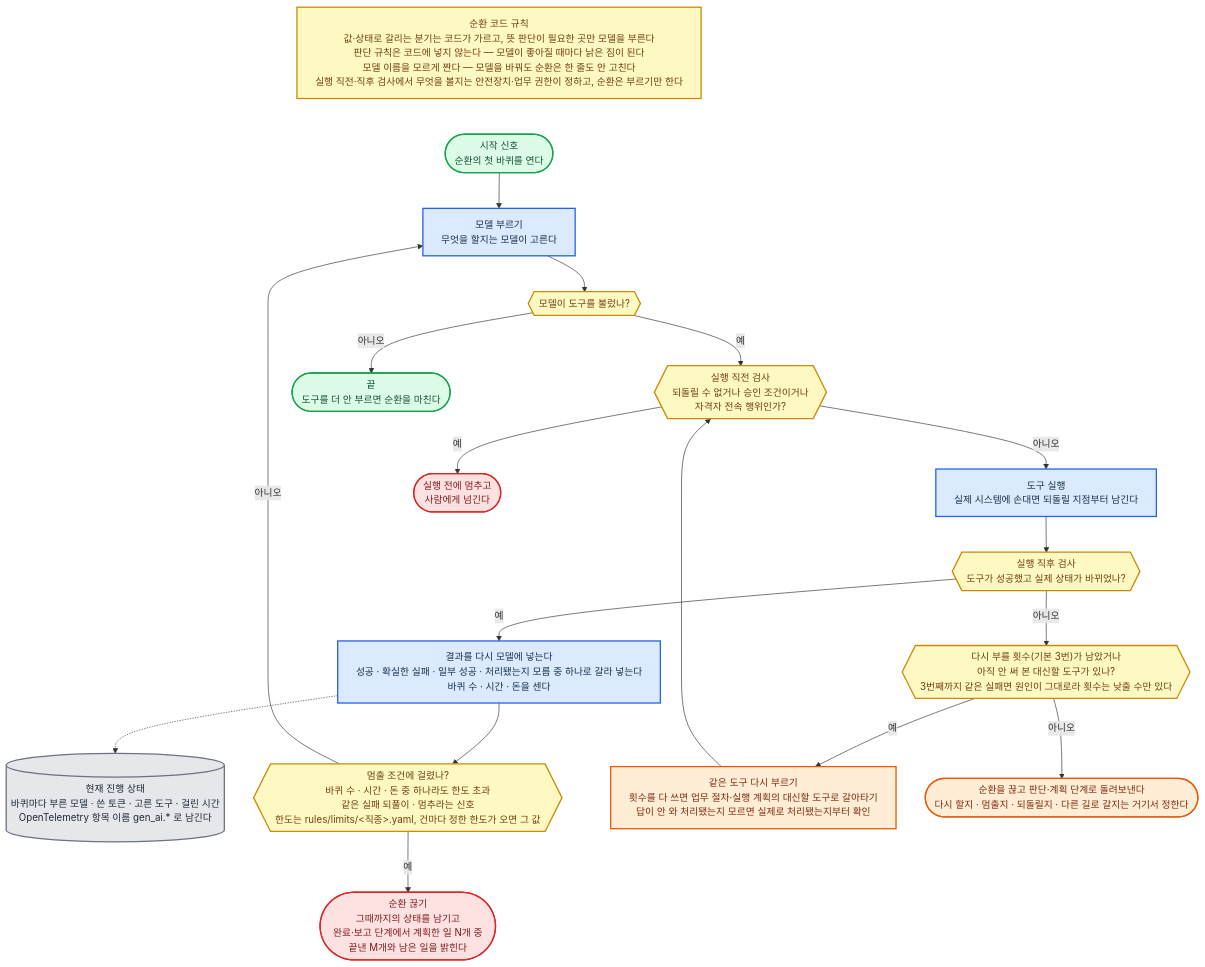
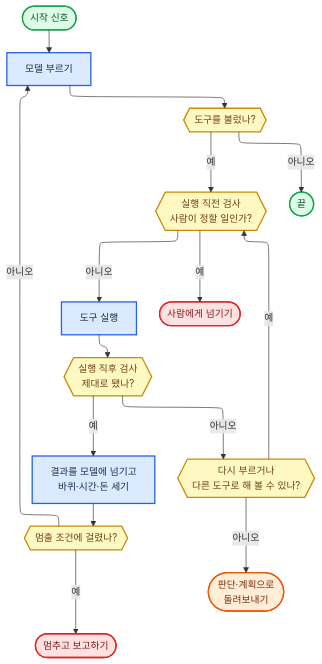
The seventh of 8 diagrams in 전문가 에이전트 정의 1.md (harisbaguette/expert), drawn with Mermaid before and after one commit. The commit also changed other lines of this file, not shown here.

Commit message:
실행 제어 순서도를 짧은 글과 겹침 없는 배치로 다시 그림 (정의 1)
- 칸 글을 한 줄 물음·행동으로 줄이고, 자세한 값은 그림 아래 칸별 표로 옮김
- ELK 배치와 보이지 않는 선 두 개로 되돌아가는 화살표만 위로 가게 해 선 겹침 0
- 다시 부르기·갈아타기 판단과 행동을 판단 하나로 합침

````diff
--- a/전문가 에이전트 정의 1.md
+++ b/전문가 에이전트 정의 1.md
@@ -1082,39 +1082,40 @@
 ```mermaid
-%%{init: {"flowchart": {"wrappingWidth": 640, "curve": "basis", "nodeSpacing": 45, "rankSpacing": 55, "padding": 14, "useMaxWidth": true}, "themeVariables": {"fontSize": "15px"}} }%%
+%%{init: {"layout": "elk", "elk": {"mergeEdges": false, "nodePlacementStrategy": "NETWORK_SIMPLEX"}, "flowchart": {"wrappingWidth": 640, "curve": "basis", "nodeSpacing": 45, "rankSpacing": 55, "padding": 14, "useMaxWidth": true}, "themeVariables": {"fontSize": "15px"}} }%%
 flowchart TB
-    RULE["순환 코드 규칙<br/>값·상태로 갈리는 분기는 코드가 가르고, 뜻 판단이 필요한 곳만 모델을 부른다<br/>판단 규칙은 코드에 넣지 않는다 — 모델이 좋아질 때마다 낡은 짐이 된다<br/>모델 이름을 모르게 짠다 — 모델을 바꿔도 순환은 한 줄도 안 고친다<br/>실행 직전·직후 검사에서 무엇을 볼지는 안전장치·업무 권한이 정하고, 순환은 부르기만 한다"]:::note
-    START(["시작 신호<br/>순환의 첫 바퀴를 연다"]):::good
-    M["모델 부르기<br/>무엇을 할지는 모델이 고른다"]:::main
-    QQ{{"모델이 도구를 불렀나?"}}:::note
-    PRE{{"실행 직전 검사<br/>되돌릴 수 없거나 승인 조건이거나<br/>자격자 전속 행위인가?"}}:::note
-    T["도구 실행<br/>실제 시스템에 손대면 되돌릴 지점부터 남긴다"]:::main
-    POST{{"실행 직후 검사<br/>도구가 성공했고 실제 상태가 바뀌었나?"}}:::note
-    BACK["결과를 다시 모델에 넣는다<br/>성공 · 확실한 실패 · 일부 성공 · 처리됐는지 모름 중 하나로 갈라 넣는다<br/>바퀴 수 · 시간 · 돈을 센다"]:::main
-    LOG[("현재 진행 상태<br/>바퀴마다 부른 모델 · 쓴 토큰 · 고른 도구 · 걸린 시간<br/>OpenTelemetry 항목 이름 gen_ai.* 로 남긴다")]:::store
-    CNT{{"멈출 조건에 걸렸나?<br/>바퀴 수 · 시간 · 돈 중 하나라도 한도 초과<br/>같은 실패 되풀이 · 멈추라는 신호<br/>한도는 rules/limits/&lt;직종&gt;.yaml, 건마다 정한 한도가 오면 그 값"}}:::note
-    STOPN(["순환 끊기<br/>그때까지의 상태를 남기고<br/>완료·보고 단계에서 계획한 일 N개 중<br/>끝낸 M개와 남은 일을 밝힌다"]):::stop
-    RETRY_Q{{"다시 부를 횟수(기본 3번)가 남았거나<br/>아직 안 써 본 대신할 도구가 있나?<br/>3번째까지 같은 실패면 원인이 그대로라 횟수는 낮출 수만 있다"}}:::note
-    RETRY["같은 도구 다시 부르기<br/>횟수를 다 쓰면 업무 절차·실행 계획의 대신할 도구로 갈아타기<br/>답이 안 와 처리됐는지 모르면 실제로 처리됐는지부터 확인"]:::back
-    PLAN(["순환을 끊고 판단·계획 단계로 돌려보낸다<br/>다시 할지 · 멈출지 · 되돌릴지 · 다른 길로 갈지는 거기서 정한다"]):::back
-    DONE(["끝<br/>도구를 더 안 부르면 순환을 마친다"]):::good
-    HUM(["실행 전에 멈추고<br/>사람에게 넘긴다"]):::stop
-    RULE ~~~ START
-    START --> M --> QQ
+    START(["시작 신호"]):::good
+    M["모델 부르기"]:::main
+    QQ{{"도구를 불렀나?"}}:::note
+    PRE{{"실행 직전 검사<br/>사람이 정할 일인가?"}}:::note
+    T["도구 실행"]:::main
+    POST{{"실행 직후 검사<br/>제대로 됐나?"}}:::note
+    BACK["결과를 모델에 넘기고<br/>바퀴·시간·돈 세기"]:::main
+    CNT{{"멈출 조건에 걸렸나?"}}:::note
+    DONE(["끝"]):::good
+    HUM(["사람에게 넘기기"]):::stop
+    RQ{{"다시 부르거나<br/>다른 도구로 해 볼 수 있나?"}}:::note
+    PLAN(["판단·계획으로<br/>돌려보내기"]):::back
+    STOPN(["멈추고 보고하기"]):::stop
+    START --> M
+    M --> QQ
     QQ -- "예" --> PRE
     QQ -- "아니오" --> DONE
-    PRE -- "아니오" --> T --> POST
     PRE -- "예" --> HUM
-    POST -- "예" --> BACK --> CNT
-    BACK -.-> LOG
-    POST -- "아니오" --> RETRY_Q
-    RETRY_Q -- "예" --> RETRY --> PRE
-    RETRY_Q -- "아니오" --> PLAN
+    PRE -- "아니오" --> T
+    T --> POST
+    POST -- "예" --> BACK
+    POST -- "아니오" --> RQ
+    BACK --> CNT
+    RQ -- "예" --> PRE
+    RQ -- "아니오" --> PLAN
     CNT -- "예" --> STOPN
     CNT -- "아니오" --> M
+    %% 보이지 않는 선 두 개: 되돌아가는 두 화살표만 위로 올라가고 나머지는 위에서 아래로 놓이게 층 순서를 잡는다
+    M ~~~ POST
+    PRE ~~~ POST
     classDef main fill:#dbeafe,stroke:#2563eb,stroke-width:2px,color:#17314f
     classDef stop fill:#fee2e2,stroke:#dc2626,stroke-width:2px,color:#7f1d1d
     classDef back fill:#ffedd5,stroke:#ea580c,stroke-width:2px,color:#7c2d12
     classDef store fill:#e5e7eb,stroke:#6b7280,stroke-width:2px,color:#1f2937
     classDef good fill:#dcfce7,stroke:#16a34a,stroke-width:2px,color:#14532d
     classDef note fill:#fef9c3,stroke:#ca8a04,stroke-width:2px,color:#713f12
 ```
````
